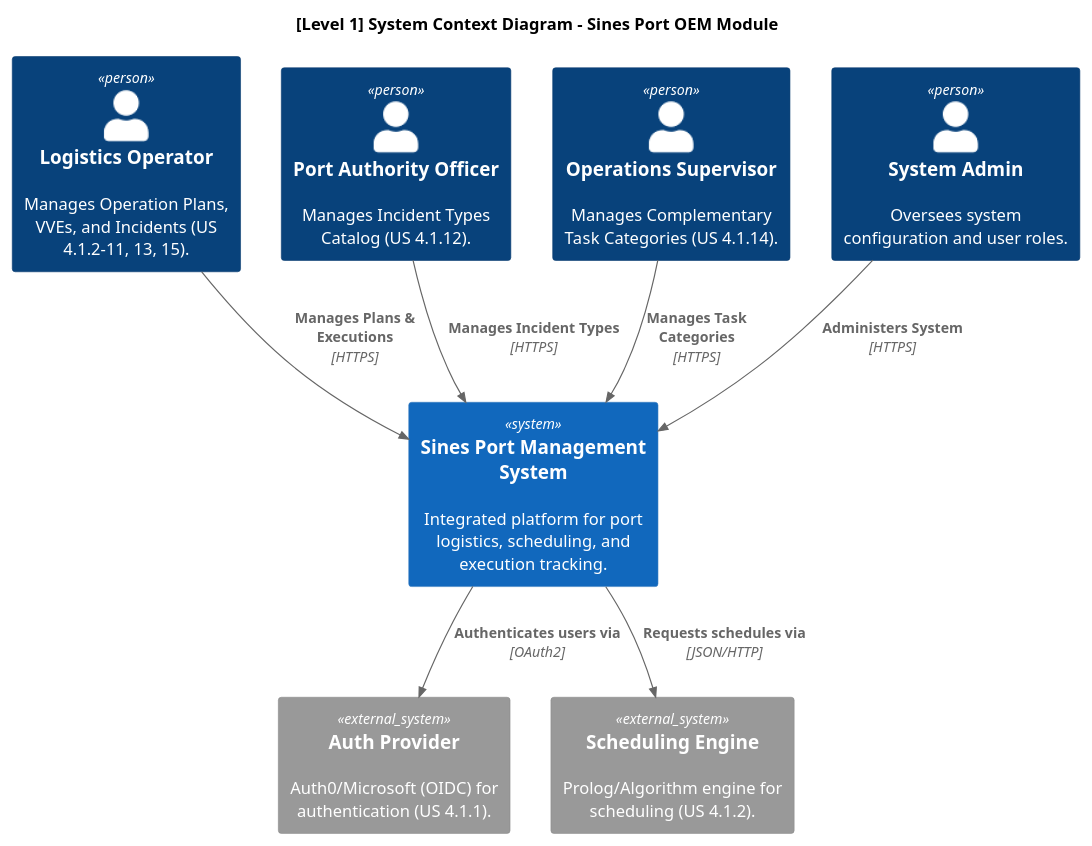
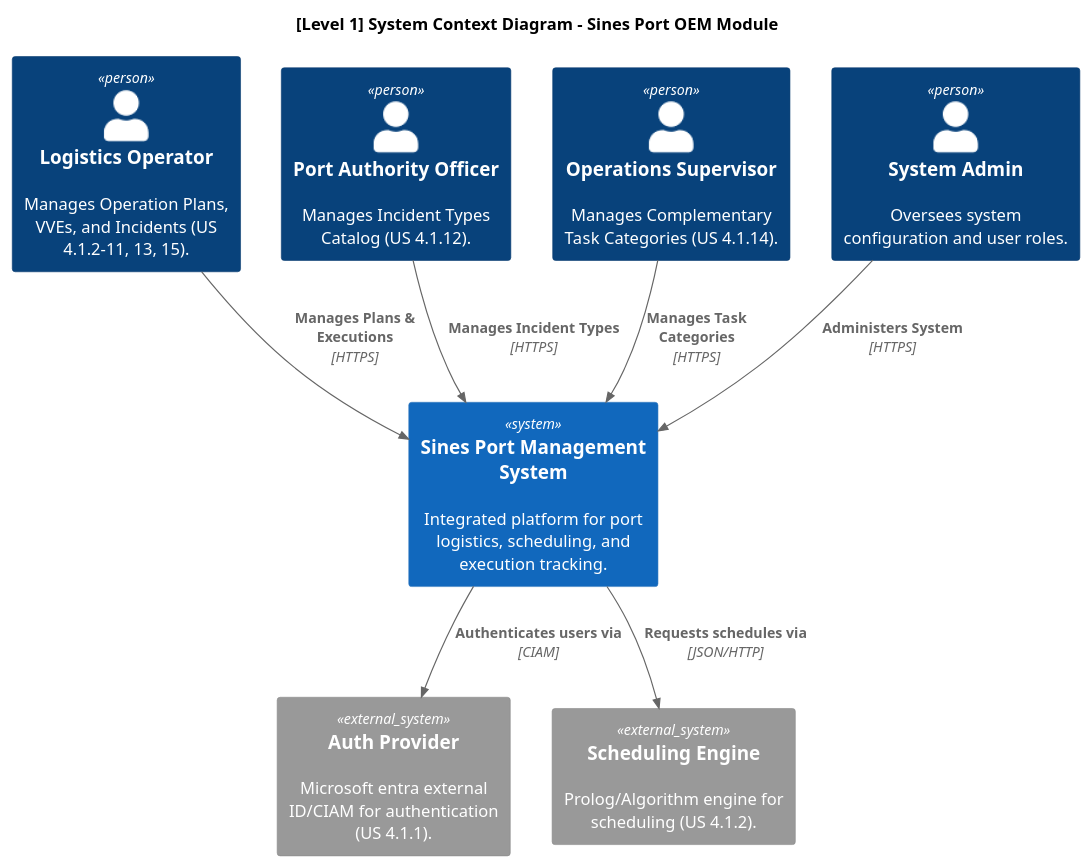
Before and after one commit to igor-coutinho22/Port_Management_System: the diagram in docs/SpintC/Level1_C4/level1_C4.puml, drawn with PlantUML.

Commit message:
update on level 1 of C4 diagrams

```diff
--- a/docs/SpintC/Level1_C4/level1_C4.puml
+++ b/docs/SpintC/Level1_C4/level1_C4.puml
@@ -1,28 +1,28 @@
 @startuml Level1_C4_Sines_Port_Management
 !include https://raw.githubusercontent.com/plantuml-stdlib/C4-PlantUML/master/C4_Context.puml
 
 title [Level 1] System Context Diagram - Sines Port OEM Module
 
 ' -- Actors (Derived from US) --
 Person(log_op, "Logistics Operator", "Manages Operation Plans, VVEs, and Incidents (US 4.1.2-11, 13, 15).")
 Person(port_auth, "Port Authority Officer", "Manages Incident Types Catalog (US 4.1.12).")
 Person(port_sup, "Operations Supervisor", "Manages Complementary Task Categories (US 4.1.14).")
 Person(admin, "System Admin", "Oversees system configuration and user roles.")
 
 ' -- System --
 System(sines_sys, "Sines Port Management System", "Integrated platform for port logistics, scheduling, and execution tracking.")
 
 ' -- External Systems --
-System_Ext(auth_provider, "Auth Provider", "Auth0/Microsoft (OIDC) for authentication (US 4.1.1).")
+System_Ext(auth_provider, "Auth Provider", "Microsoft entra external ID/CIAM for authentication (US 4.1.1).")
 System_Ext(planning_algo, "Scheduling Engine", "Prolog/Algorithm engine for scheduling (US 4.1.2).")
 
 ' -- Relationships --
 Rel(log_op, sines_sys, "Manages Plans & Executions", "HTTPS")
 Rel(port_auth, sines_sys, "Manages Incident Types", "HTTPS")
 Rel(port_sup, sines_sys, "Manages Task Categories", "HTTPS")
 Rel(admin, sines_sys, "Administers System", "HTTPS")
 
-Rel(sines_sys, auth_provider, "Authenticates users via", "OAuth2")
+Rel(sines_sys, auth_provider, "Authenticates users via", "CIAM")
 Rel(sines_sys, planning_algo, "Requests schedules via", "JSON/HTTP")
 
 @enduml
```
